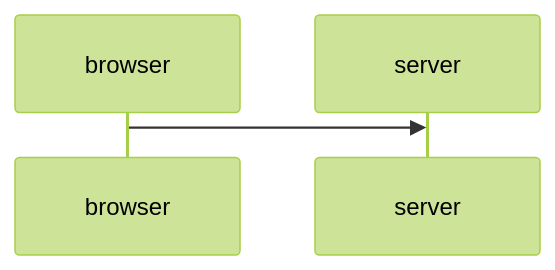
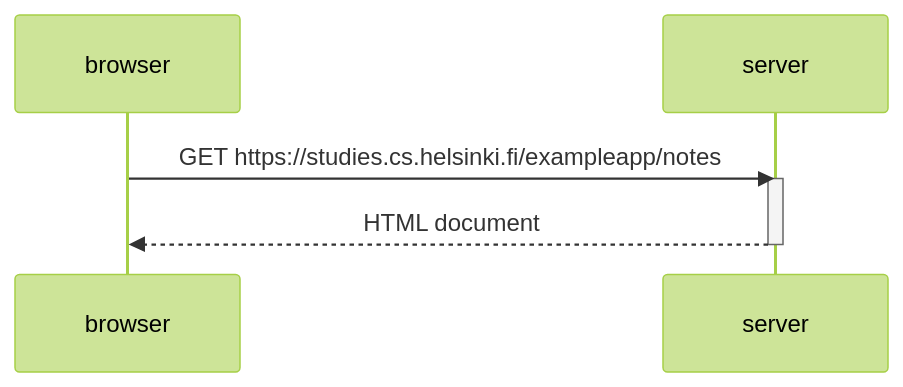
One commit to TeemuHarinen/fullstackopen changed the diagram in osa0/kaavio.md. Above: the diagram before and after it, drawn with Mermaid (forest theme).

````diff
--- a/osa0/kaavio.md
+++ b/osa0/kaavio.md
@@ -2,7 +2,10 @@
 ```mermaid
 sequenceDiagram
     participant browser
     participant server
     
-    browser->>server:
+    browser->>server: GET https://studies.cs.helsinki.fi/exampleapp/notes
+    activate server
+    server-->>browser: HTML document
+    deactivate server
 ```
````
